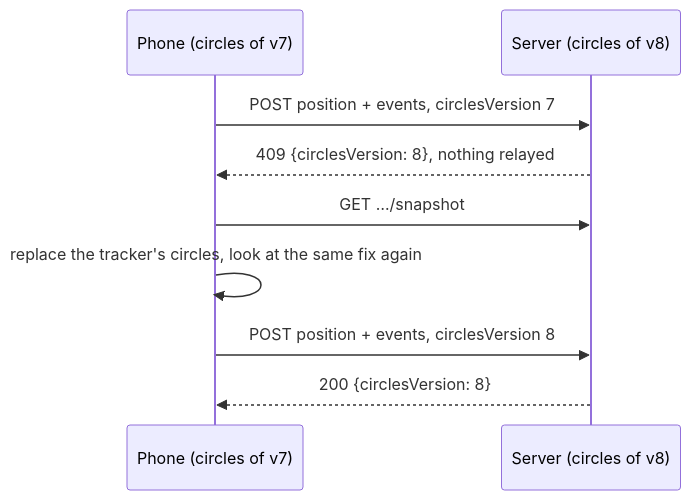
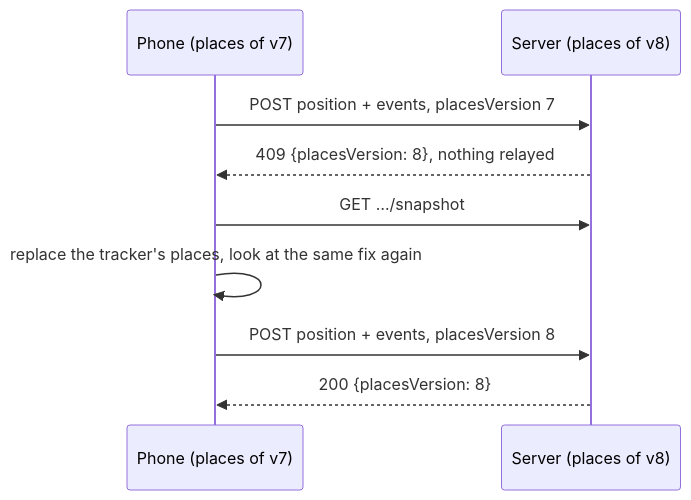
One commit to PeppeOsmio/lockate changed the second of 2 diagrams in docs/architecture/sending.md. Above: the diagram before and after it, drawn with Mermaid. The commit also changed other lines of this file and 149 other files, not shown here.

First line of the commit message:
refactor: call circles places everywhere

````diff
--- a/docs/architecture/sending.md
+++ b/docs/architecture/sending.md
@@ -127,12 +127,12 @@
 ```mermaid
 sequenceDiagram
-    participant P as Phone (circles of v7)
-    participant S as Server (circles of v8)
+    participant P as Phone (places of v7)
+    participant S as Server (places of v8)
 
-    P->>S: POST position + events, circlesVersion 7
-    S-->>P: 409 {circlesVersion: 8}, nothing relayed
+    P->>S: POST position + events, placesVersion 7
+    S-->>P: 409 {placesVersion: 8}, nothing relayed
     P->>S: GET …/snapshot
-    P->>P: replace the tracker's circles, look at the same fix again
-    P->>S: POST position + events, circlesVersion 8
-    S-->>P: 200 {circlesVersion: 8}
+    P->>P: replace the tracker's places, look at the same fix again
+    P->>S: POST position + events, placesVersion 8
+    S-->>P: 200 {placesVersion: 8}
 ```
````
